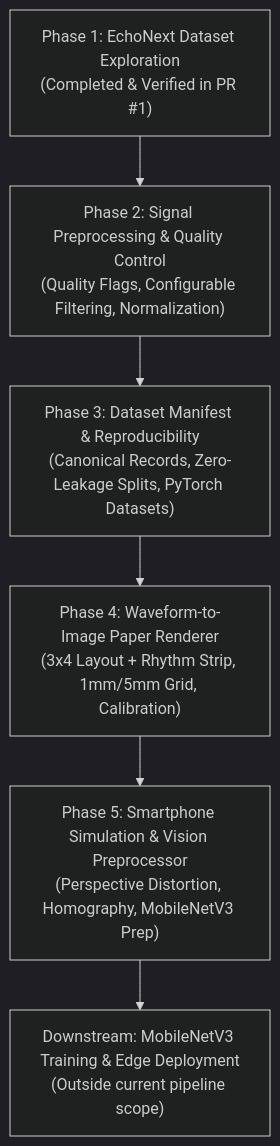
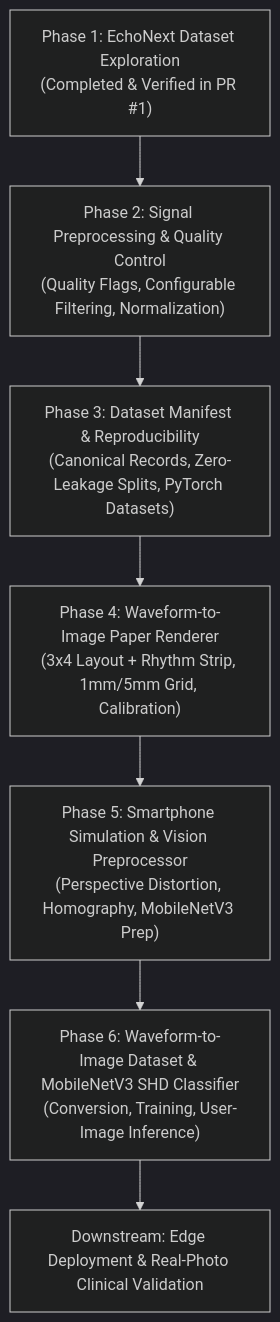
The diagram in docs/PHASE_PLANS.md (R-zin/VentrIQ), drawn with Mermaid (dark theme) before and after one commit. The commit also changed other lines of this file and 16 other files, not shown here.

First line of the commit message:
feat(vision): convert EchoNext waveforms to images and train MobileNetV3 SHD classifier

````diff
--- a/docs/PHASE_PLANS.md
+++ b/docs/PHASE_PLANS.md
@@ -9,15 +9,17 @@
 ```mermaid
 flowchart TD
     P1["Phase 1: EchoNext Dataset Exploration\n(Completed & Verified in PR #1)"]
     P2["Phase 2: Signal Preprocessing & Quality Control\n(Quality Flags, Configurable Filtering, Normalization)"]
     P3["Phase 3: Dataset Manifest & Reproducibility\n(Canonical Records, Zero-Leakage Splits, PyTorch Datasets)"]
     P4["Phase 4: Waveform-to-Image Paper Renderer\n(3x4 Layout + Rhythm Strip, 1mm/5mm Grid, Calibration)"]
     P5["Phase 5: Smartphone Simulation & Vision Preprocessor\n(Perspective Distortion, Homography, MobileNetV3 Prep)"]
-    Downstream["Downstream: MobileNetV3 Training & Edge Deployment\n(Outside current pipeline scope)"]
+    P6["Phase 6: Waveform-to-Image Dataset & MobileNetV3 SHD Classifier\n(Conversion, Training, User-Image Inference)"]
+    Downstream["Downstream: Edge Deployment & Real-Photo Clinical Validation"]
 
     P1 --> P2
     P2 --> P3
     P3 --> P4
     P4 --> P5
-    P5 --> Downstream
+    P5 --> P6
+    P6 --> Downstream
 ```
````
